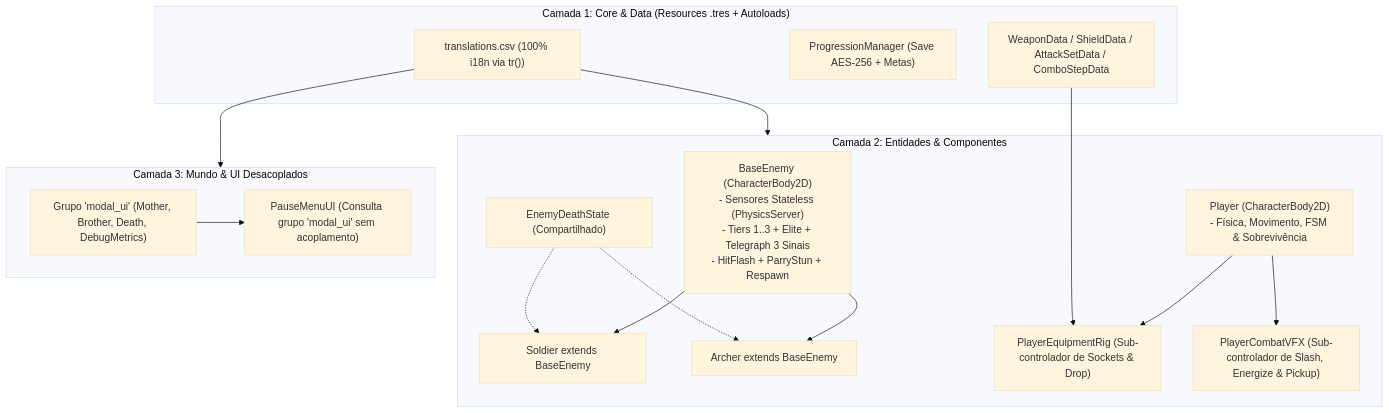
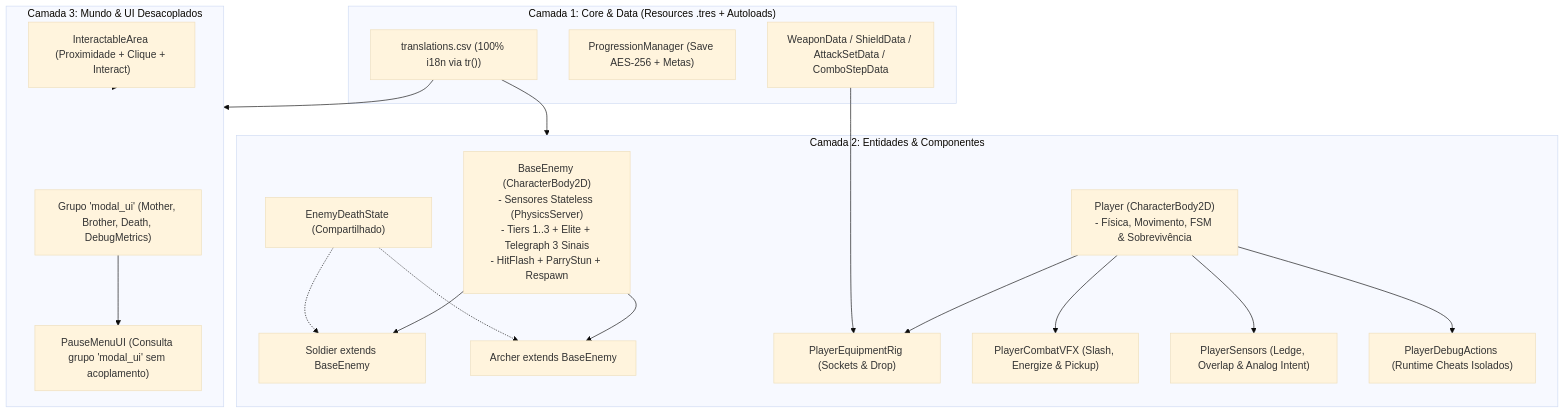
The diagram in docs/ARQUITETURA_ATORES_E_BASE_ENEMY.md (Theadrill/Godot-Roguelike-Prototype), drawn with Mermaid (base theme) before and after one commit. The commit also changed other lines of this file and 12 other files, not shown here.

Commit message:
refactor(player,world,docs): extract PlayerSensors, PlayerDebugActions, and InteractableArea and complete AA architecture standard

````diff
--- a/docs/ARQUITETURA_ATORES_E_BASE_ENEMY.md
+++ b/docs/ARQUITETURA_ATORES_E_BASE_ENEMY.md
@@ -58,35 +57,41 @@
 ```mermaid
 flowchart TB
     subgraph Core["Camada 1: Core & Data (Resources .tres + Autoloads)"]
         CSV["translations.csv (100% i18n via tr())"]
         Prog["ProgressionManager (Save AES-256 + Metas)"]
         Data["WeaponData / ShieldData / AttackSetData / ComboStepData"]
     end
 
     subgraph Actors["Camada 2: Entidades & Componentes"]
         BaseEnemy["BaseEnemy (CharacterBody2D)\n- Sensores Stateless (PhysicsServer)\n- Tiers 1..3 + Elite + Telegraph 3 Sinais\n- HitFlash + ParryStun + Respawn"]
         Soldier["Soldier extends BaseEnemy"]
         Archer["Archer extends BaseEnemy"]
         EnemyDeath["EnemyDeathState (Compartilhado)"]
 
         Player["Player (CharacterBody2D)\n- Física, Movimento, FSM & Sobrevivência"]
-        PlayerRig["PlayerEquipmentRig (Sub-controlador de Sockets & Drop)"]
-        PlayerVFX["PlayerCombatVFX (Sub-controlador de Slash, Energize & Pickup)"]
+        PlayerRig["PlayerEquipmentRig (Sockets & Drop)"]
+        PlayerVFX["PlayerCombatVFX (Slash, Energize & Pickup)"]
+        PlayerSens["PlayerSensors (Ledge, Overlap & Analog Intent)"]
+        PlayerDbg["PlayerDebugActions (Runtime Cheats Isolados)"]
     end
 
     subgraph UIWorld["Camada 3: Mundo & UI Desacoplados"]
+        InteractComp["InteractableArea (Proximidade + Clique + Interact)"]
         ModalGroup["Grupo 'modal_ui' (Mother, Brother, Death, DebugMetrics)"]
         PauseUI["PauseMenuUI (Consulta grupo 'modal_ui' sem acoplamento)"]
     end
 
     BaseEnemy --> Soldier
     BaseEnemy --> Archer
     EnemyDeath -.-> Soldier
     EnemyDeath -.-> Archer
     Player --> PlayerRig
     Player --> PlayerVFX
+    Player --> PlayerSens
+    Player --> PlayerDbg
     Data --> PlayerRig
     CSV --> UIWorld
     CSV --> Actors
+    InteractComp --> UIWorld
     ModalGroup --> PauseUI
 ```
````
